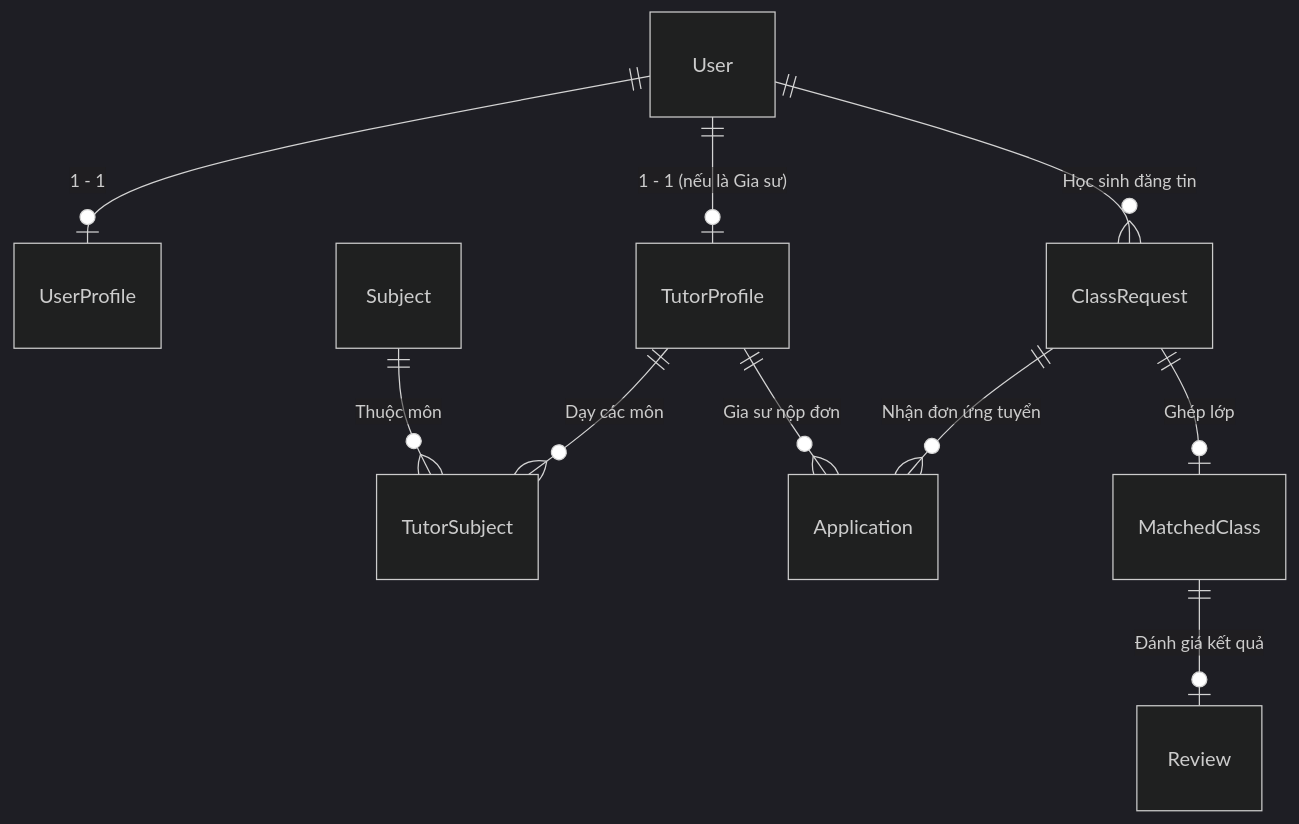
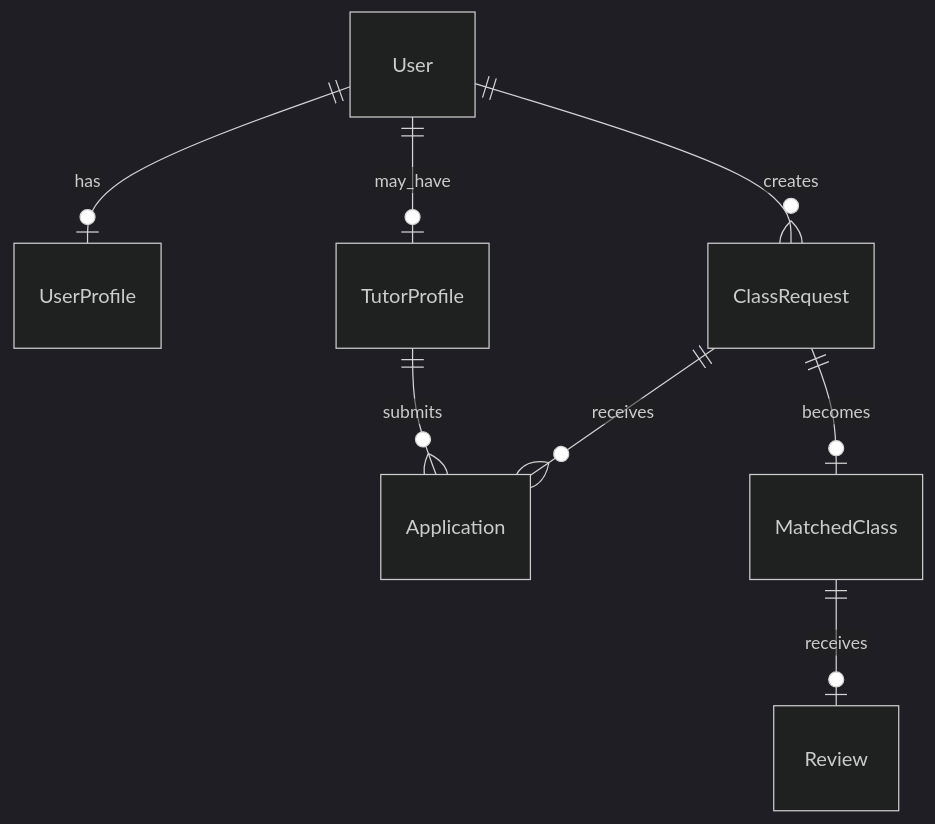
One commit to thuahoang09-dot/TutorLink changed the diagram in README.md. Above: the diagram before and after it, drawn with Mermaid (dark theme). The commit also changed other lines of this file, not shown here.

Commit message:
Prepare TutorLink README for submission

````diff
--- a/README.md
+++ b/README.md
@@ -132,12 +158,10 @@
 ```mermaid
 erDiagram
-    User ||--o| UserProfile : "1 - 1"
-    User ||--o| TutorProfile : "1 - 1 (nếu là Gia sư)"
-    User ||--o{ ClassRequest : "Học sinh đăng tin"
-    TutorProfile ||--o{ TutorSubject : "Dạy các môn"
-    Subject ||--o{ TutorSubject : "Thuộc môn"
-    ClassRequest ||--o{ Application : "Nhận đơn ứng tuyển"
-    TutorProfile ||--o{ Application : "Gia sư nộp đơn"
-    ClassRequest ||--o| MatchedClass : "Ghép lớp"
-    MatchedClass ||--o| Review : "Đánh giá kết quả"
+    User ||--o| UserProfile : has
+    User ||--o| TutorProfile : may_have
+    User ||--o{ ClassRequest : creates
+    TutorProfile ||--o{ Application : submits
+    ClassRequest ||--o{ Application : receives
+    ClassRequest ||--o| MatchedClass : becomes
+    MatchedClass ||--o| Review : receives
 ```
````
